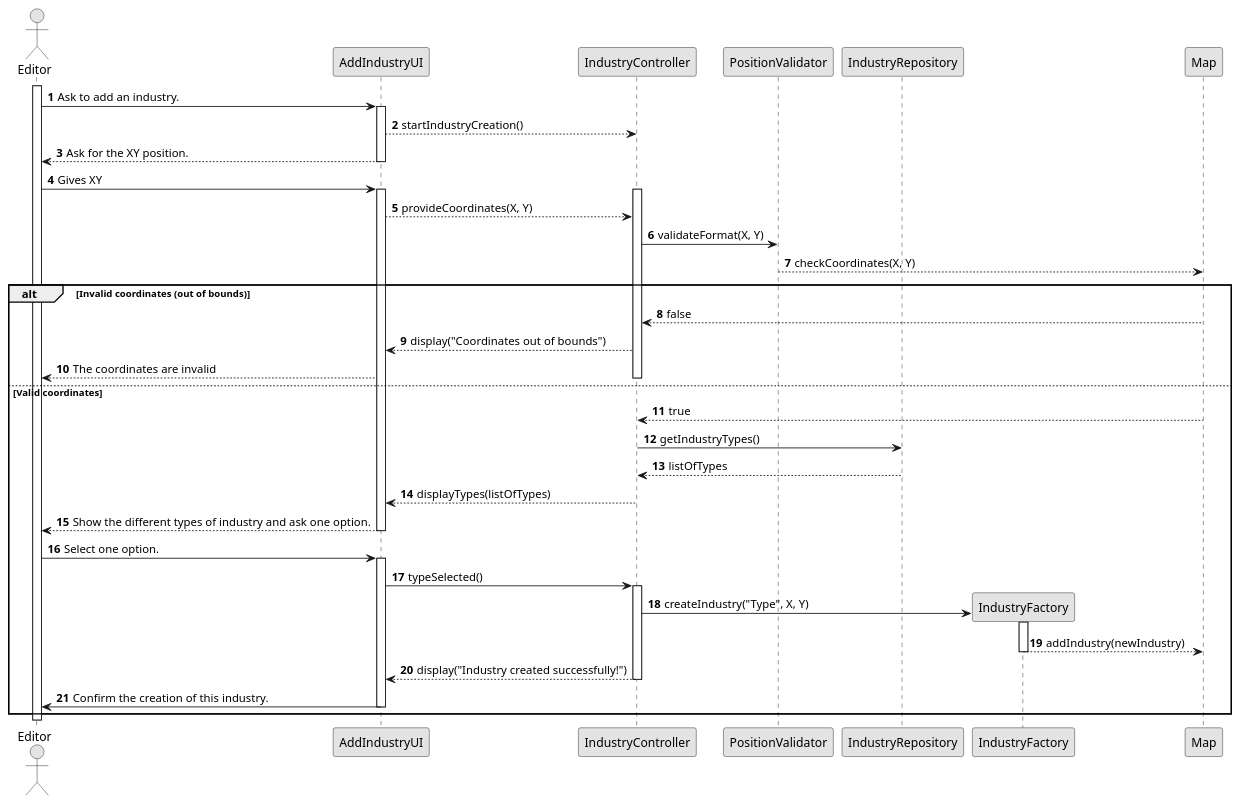
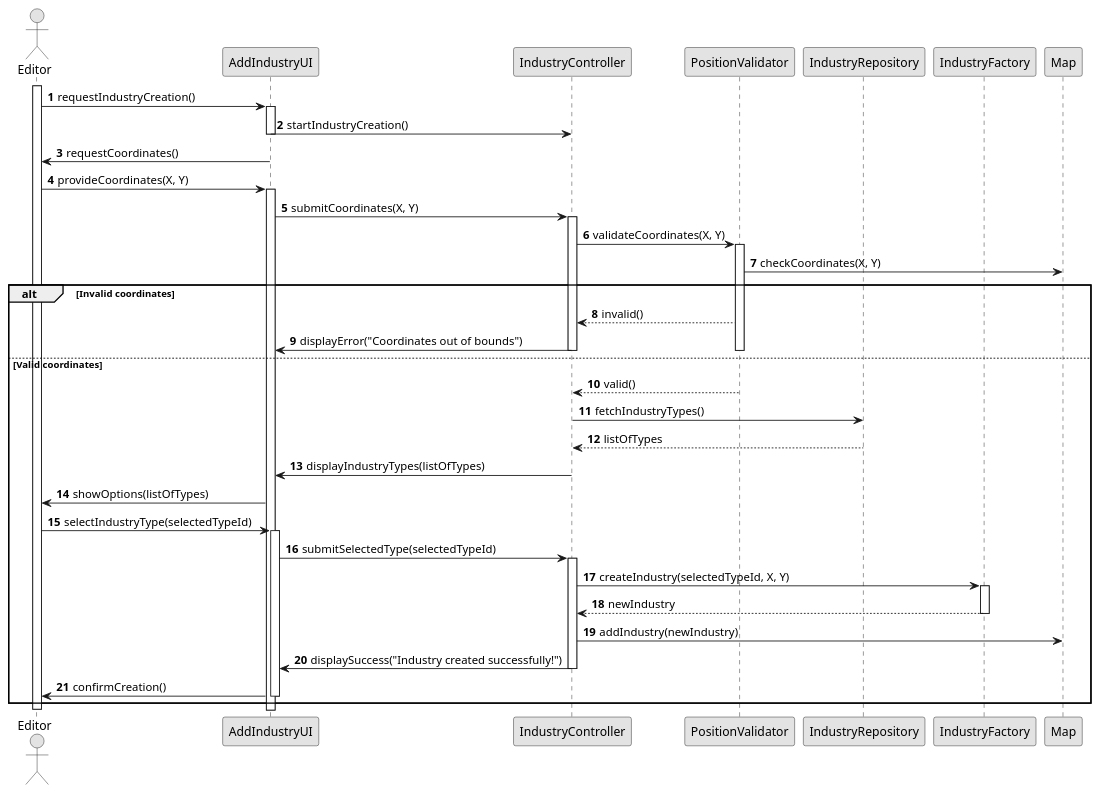
Before and after one commit to 1240826/empire-on-tracks: the diagram in docs/system-documentation/US002/03.design/puml/US002-SD-full.puml, drawn with PlantUML. The commit also changed 2 other files, not shown here.

```diff
--- a/docs/system-documentation/US002/03.design/puml/US002-SD-full.puml
+++ b/docs/system-documentation/US002/03.design/puml/US002-SD-full.puml
@@ -1,76 +1,71 @@
 @startuml
 skinparam monochrome true
 skinparam packageStyle rectangle
 skinparam shadowing false
 
 autonumber
 
 actor "Editor" as Editor
 participant "AddIndustryUI" as UI
 participant "IndustryController" as Controller
 participant "PositionValidator" as Validator
 participant "IndustryRepository" as Repository
 participant "IndustryFactory" as Factory
 participant "Map" as Map
 
 activate Editor
 
-Editor -> UI : Ask to add an industry.
+Editor -> UI : requestIndustryCreation()
 activate UI
-UI --> Controller : startIndustryCreation()
-UI --> Editor : Ask for the XY position.
+UI -> Controller : startIndustryCreation()
 deactivate UI
 
+UI -> Editor : requestCoordinates()
 
+Editor -> UI : provideCoordinates(X, Y)
+activate UI
+UI -> Controller : submitCoordinates(X, Y)
 
-Editor -> UI : Gives XY
-activate UI
 activate Controller
-UI --> Controller : provideCoordinates(X, Y)
+Controller -> Validator : validateCoordinates(X, Y)
+activate Validator
 
+Validator -> Map : checkCoordinates(X, Y)
 
-Controller -> Validator : validateFormat(X, Y)
+alt Invalid coordinates
+    Validator --> Controller : invalid()
+    Controller -> UI : displayError("Coordinates out of bounds")
+    deactivate Validator
+    deactivate Controller
+else Valid coordinates
+    Validator --> Controller : valid()
+    deactivate Validator
 
+    Controller -> Repository : fetchIndustryTypes()
+    Repository --> Controller : listOfTypes
 
-Validator --> Map : checkCoordinates(X, Y)
-alt Invalid coordinates (out of bounds)
-    Map --> Controller : false
-    Controller --> UI : display("Coordinates out of bounds")
-    UI --> Editor : The coordinates are invalid
+    Controller -> UI : displayIndustryTypes(listOfTypes)
     deactivate Controller
 
+    UI -> Editor : showOptions(listOfTypes)
 
-else Valid coordinates
-    Map --> Controller : true
-
-    Controller -> Repository : getIndustryTypes()
-    Repository --> Controller : listOfTypes
-
-    Controller --> UI : displayTypes(listOfTypes)
-    UI --> Editor : Show the different types of industry and ask one option.
-deactivate UI
-    Editor -> UI : Select one option.
-activate UI
-    UI -> Controller : typeSelected()
-
+    Editor -> UI : selectIndustryType(selectedTypeId)
+    activate UI
+    UI -> Controller : submitSelectedType(selectedTypeId)
     activate Controller
 
-    Controller -> Factory** : createIndustry("Type", X, Y)
-
+    Controller -> Factory : createIndustry(selectedTypeId, X, Y)
     activate Factory
-
-
-    Factory --> Map : addIndustry(newIndustry)
-
+    Factory --> Controller : newIndustry
     deactivate Factory
 
-    Controller --> UI : display("Industry created successfully!")
+    Controller -> Map : addIndustry(newIndustry)
+    Controller -> UI : displaySuccess("Industry created successfully!")
     deactivate Controller
-    UI -> Editor : Confirm the creation of this industry.
+
+    UI -> Editor : confirmCreation()
     deactivate UI
 end
 
-
-deactivate UI
 deactivate Editor
 @enduml
```
